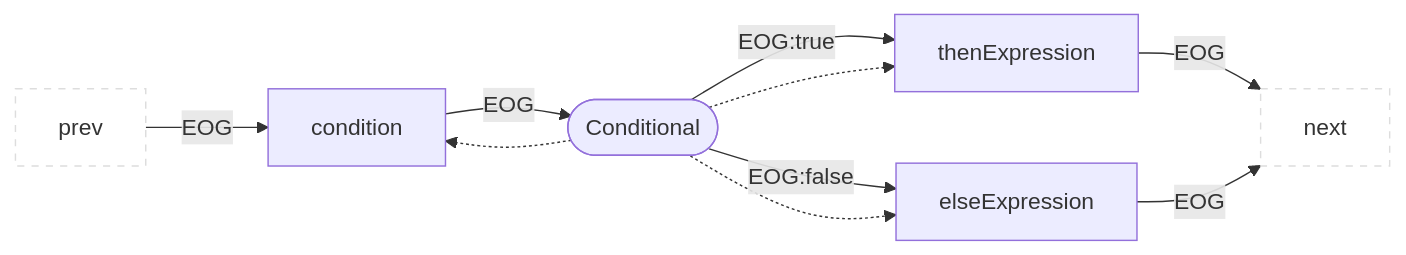
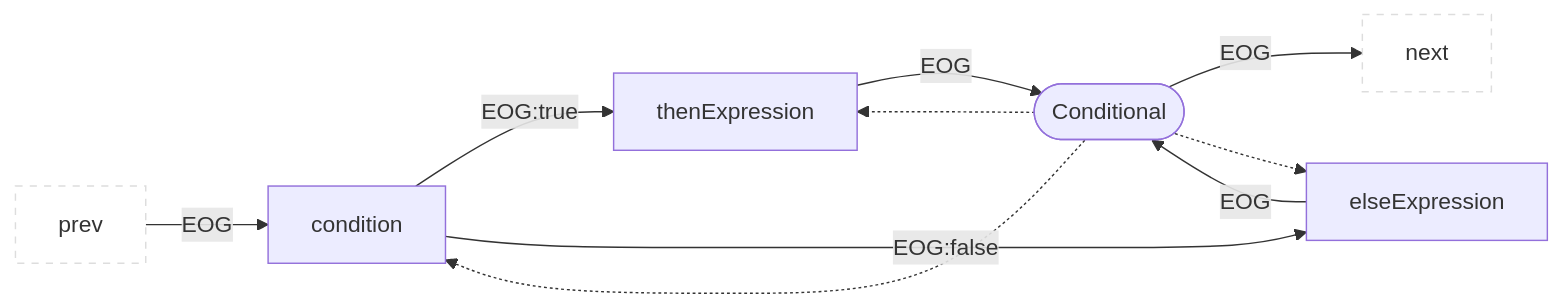
One commit to Fraunhofer-AISEC/cpg changed diagram 32 of 49 in docs/docs/CPG/specs/eog.md. Above: the diagram before and after it, drawn with Mermaid. The commit also changed other lines of this file, not shown here.

Commit message:
More specification changes

````diff
--- a/docs/docs/CPG/specs/eog.md
+++ b/docs/docs/CPG/specs/eog.md
@@ -613,13 +613,14 @@
 ```mermaid
 flowchart LR
   classDef outer fill:#fff,stroke:#ddd,stroke-dasharray:5 5;
   prev:::outer --EOG--> child1["condition"]
-  child1 --EOG--> parent(["Conditional"])
-  parent --EOG:true--> child2["thenExpression"]
-  parent --EOG:false--> child3["elseExpression"]
-  child2 --EOG--> next:::outer
-  child3 --EOG--> next:::outer
+
+  child1 --EOG:true--> child2["thenExpression"]
+  child1 --EOG:false--> child3["elseExpression"]
+  child2 --EOG--> parent(["Conditional"])
+  child3 --EOG--> parent
+  parent --EOG--> next:::outer
   parent -.-> child1
   parent -.-> child2
   parent -.-> child3
 ```
````
